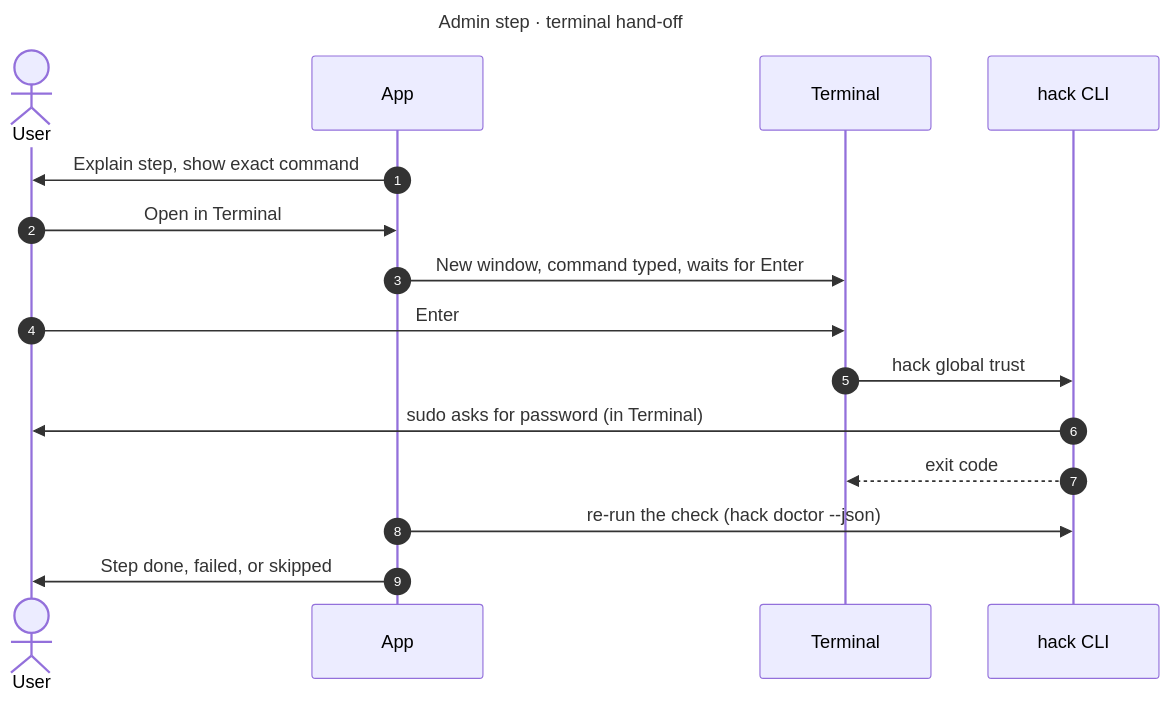
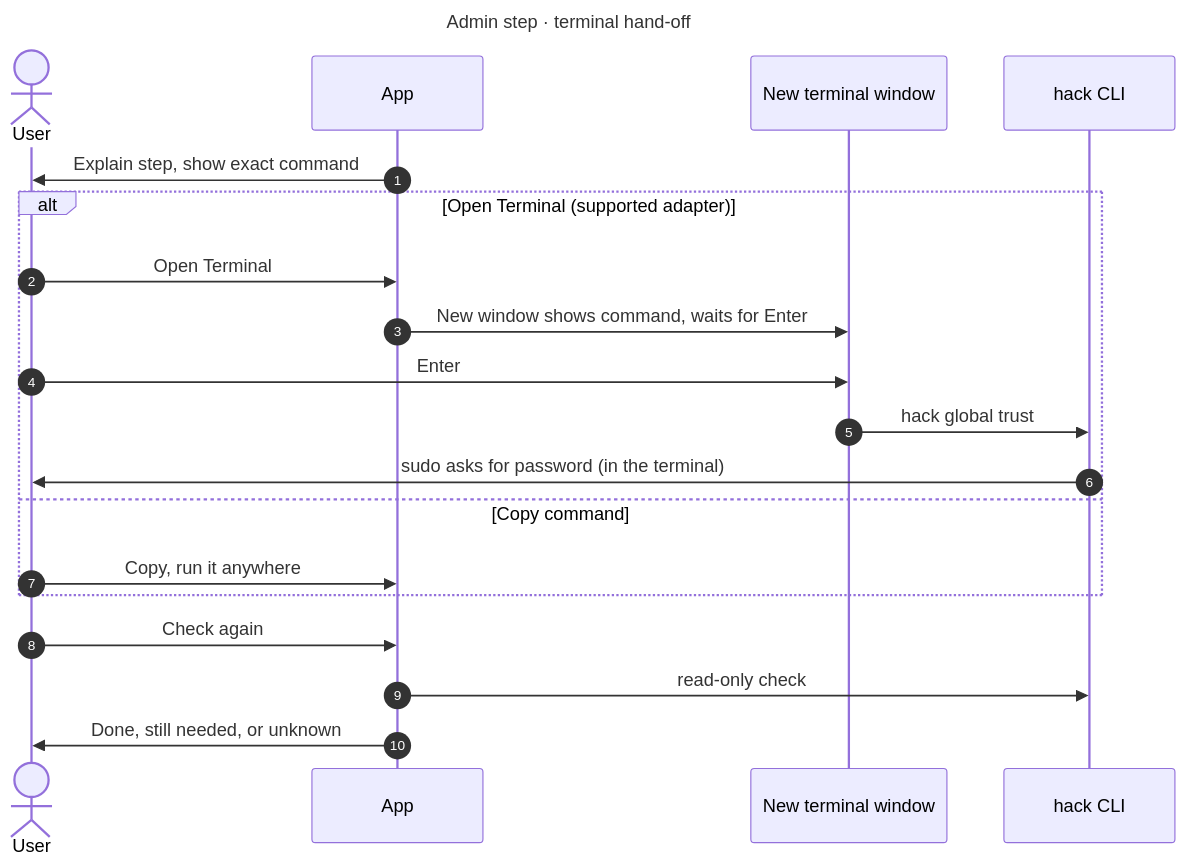
Before and after one commit to hack-dance/hack: the diagram in apps/desktop/diagrams/admin-handoff.mmd, drawn with Mermaid. The commit also changed 10 other files, not shown here.

```diff
--- a/apps/desktop/diagrams/admin-handoff.mmd
+++ b/apps/desktop/diagrams/admin-handoff.mmd
@@ -1,18 +1,22 @@
 ---
 title: Admin step · terminal hand-off
 ---
 sequenceDiagram
   autonumber
   actor U as User
   participant A as App
-  participant T as Terminal
+  participant T as New terminal window
   participant C as hack CLI
   A->>U: Explain step, show exact command
-  U->>A: Open in Terminal
-  A->>T: New window, command typed, waits for Enter
-  U->>T: Enter
-  T->>C: hack global trust
-  C->>U: sudo asks for password (in Terminal)
-  C-->>T: exit code
-  A->>C: re-run the check (hack doctor --json)
-  A->>U: Step done, failed, or skipped
+  alt Open Terminal (supported adapter)
+    U->>A: Open Terminal
+    A->>T: New window shows command, waits for Enter
+    U->>T: Enter
+    T->>C: hack global trust
+    C->>U: sudo asks for password (in the terminal)
+  else Copy command
+    U->>A: Copy, run it anywhere
+  end
+  U->>A: Check again
+  A->>C: read-only check
+  A->>U: Done, still needed, or unknown
```
